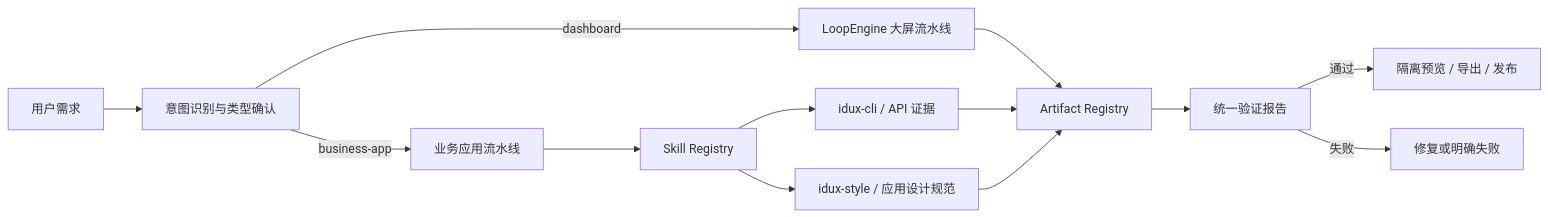
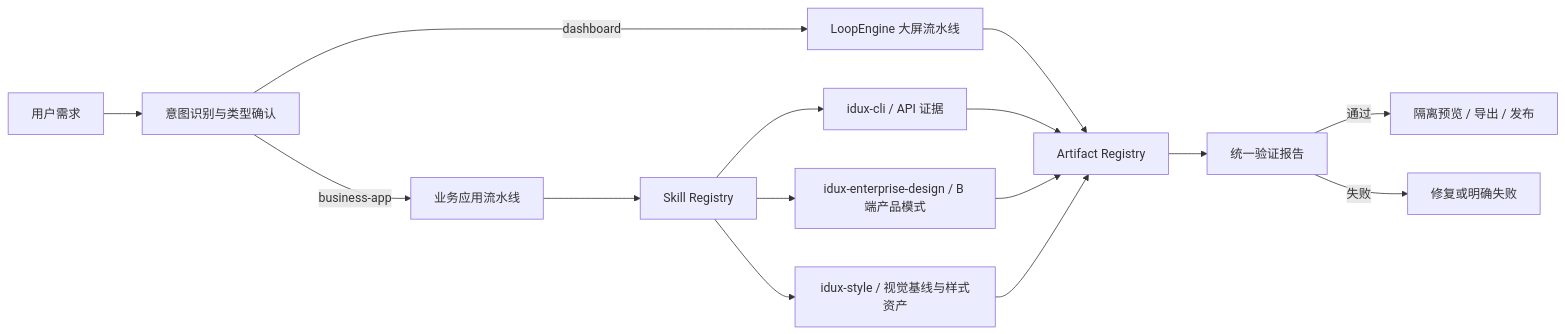
Before and after one commit to Jouryjc/ai-dashboard: the first of 2 diagrams in docs/multi-artifact-architecture.md, drawn with Mermaid. The commit also changed other lines of this file and 53 other files, not shown here.

````diff
--- a/docs/multi-artifact-architecture.md
+++ b/docs/multi-artifact-architecture.md
@@ -14,15 +14,17 @@
 ```mermaid
 flowchart LR
   U["用户需求"] --> I["意图识别与类型确认"]
   I -->|"dashboard"| D["LoopEngine 大屏流水线"]
   I -->|"business-app"| P["业务应用流水线"]
   D --> R["Artifact Registry"]
   P --> S["Skill Registry"]
   S --> A["idux-cli / API 证据"]
-  S --> B["idux-style / 应用设计规范"]
+  S --> B["idux-enterprise-design / B 端产品模式"]
+  S --> C["idux-style / 视觉基线与样式资产"]
   A --> R
   B --> R
+  C --> R
   R --> V["统一验证报告"]
   V -->|"通过"| X["隔离预览 / 导出 / 发布"]
   V -->|"失败"| F["修复或明确失败"]
 ```
````
